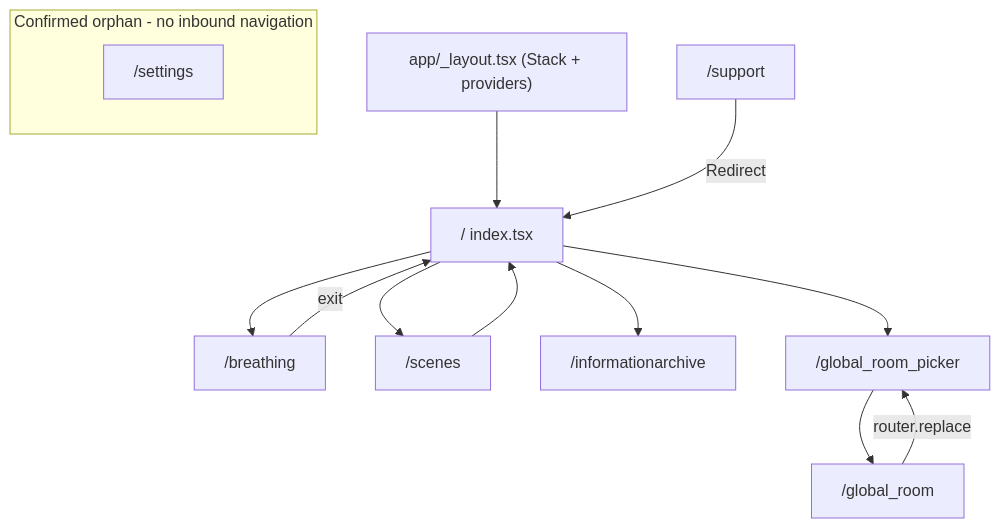
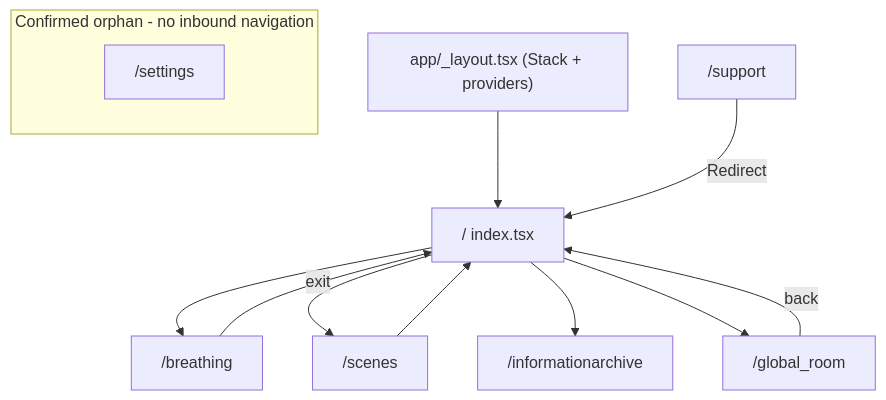
The first of 4 diagrams in docs/ARCHITECTURE.md (michael-d-abraham/JustBreatheBro), drawn with Mermaid before and after one commit. The commit also changed other lines of this file and 9 other files, not shown here.

First line of the commit message:
Docs: Global Room redesign

````diff
--- a/docs/ARCHITECTURE.md
+++ b/docs/ARCHITECTURE.md
@@ -110,17 +113,16 @@
 ```mermaid
 flowchart TD
   rootLayout["app/_layout.tsx (Stack + providers)"] --> home["/ index.tsx"]
   home --> breathing["/breathing"]
   home --> scenes["/scenes"]
   home --> archive["/informationarchive"]
-  home --> roomPicker["/global_room_picker"]
+  home --> room["/global_room"]
   scenes --> home
-  roomPicker --> room["/global_room"]
-  room -->|"router.replace"| roomPicker
+  room -->|"back"| home
   breathing -->|"exit"| home
   support["/support"] -->|"Redirect"| home
 
   subgraph orphans [Confirmed orphan - no inbound navigation]
     settingsRoute["/settings"]
   end
 ```
````
